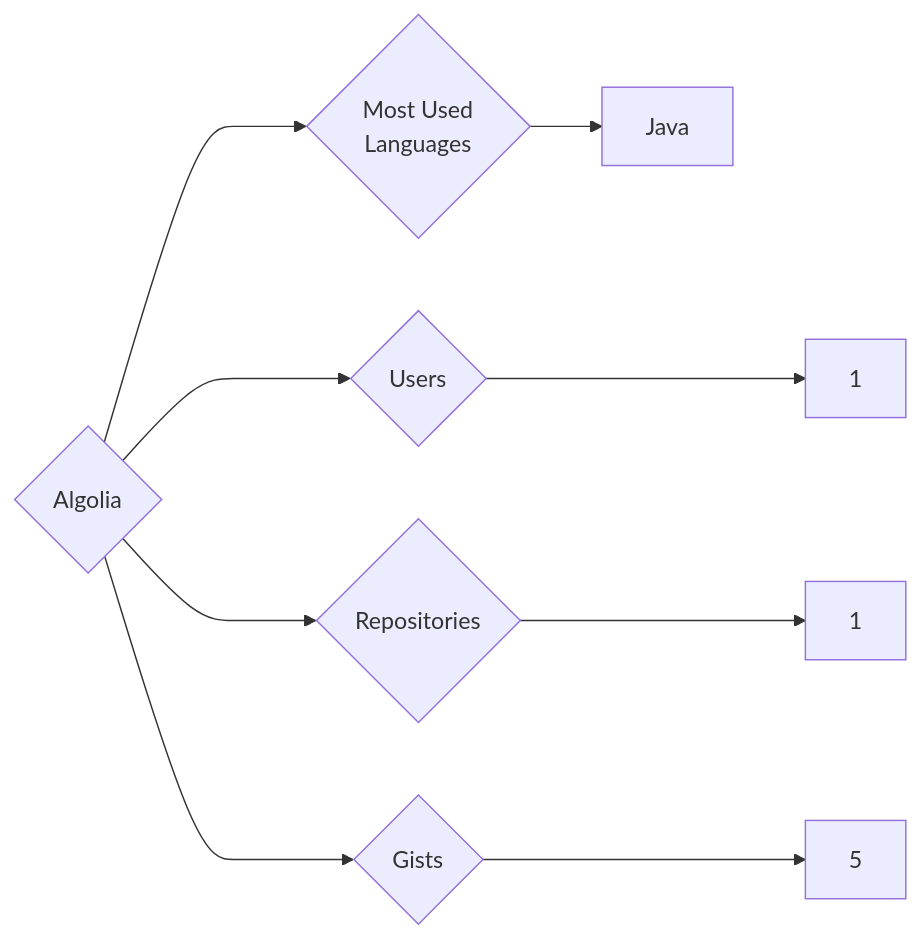
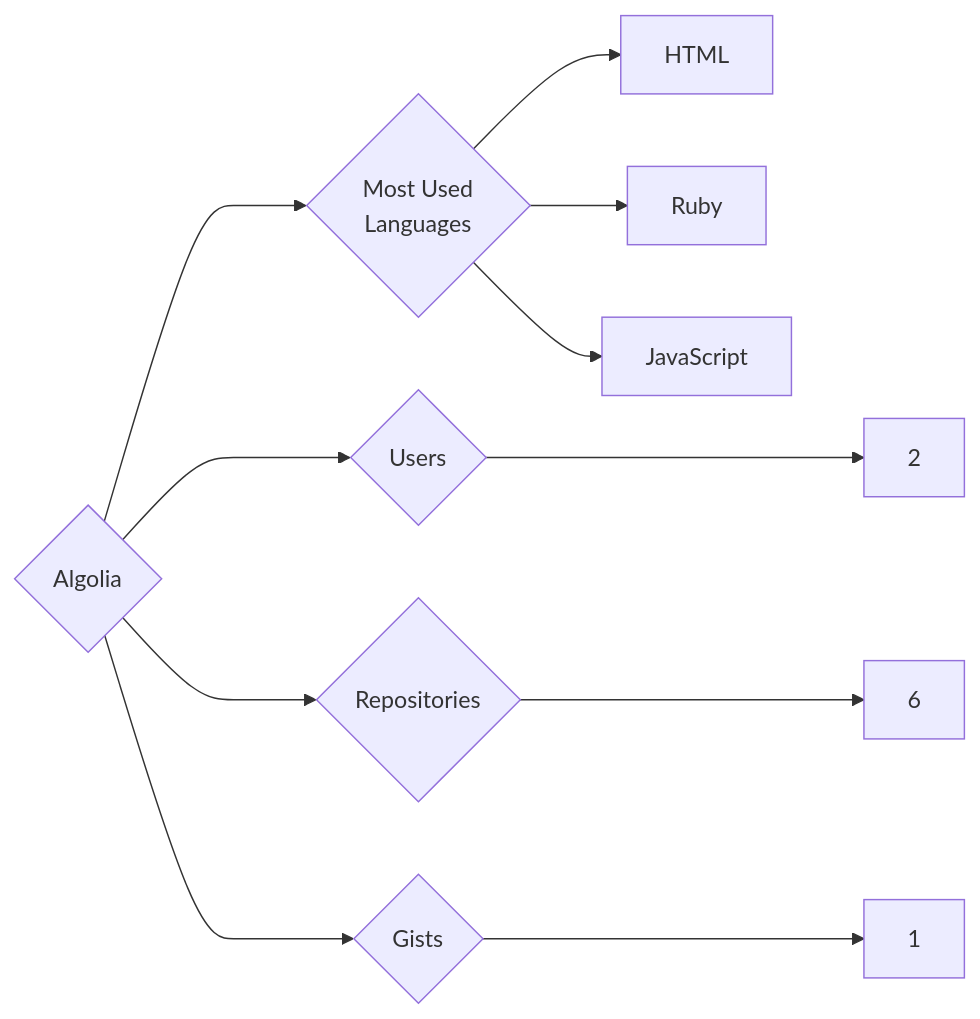
Before and after one commit to trickest/insiders: the diagram in targets/Algolia/README.md, drawn with Mermaid. The commit also changed 1092 other files, not shown here.

````diff
--- a/targets/Algolia/README.md
+++ b/targets/Algolia/README.md
@@ -3,9 +3,11 @@
 ```mermaid
 graph LR
 COMPANY_NAME{Algolia}
-COMPANY_NAME ---> U{Users} ---> UN[1]
-COMPANY_NAME ---> R{Repositories} ---> RN[1]
-COMPANY_NAME ---> G{Gists} ---> GN[5]
+COMPANY_NAME ---> U{Users} ---> UN[2]
+COMPANY_NAME ---> R{Repositories} ---> RN[6]
+COMPANY_NAME ---> G{Gists} ---> GN[1]
 COMPANY_NAME ---> ML{Most Used<br>Languages}
-ML --> Java[Java]
+ML --> HTML[HTML]
+ML --> Ruby[Ruby]
+ML --> JavaScript[JavaScript]
 ```
````
